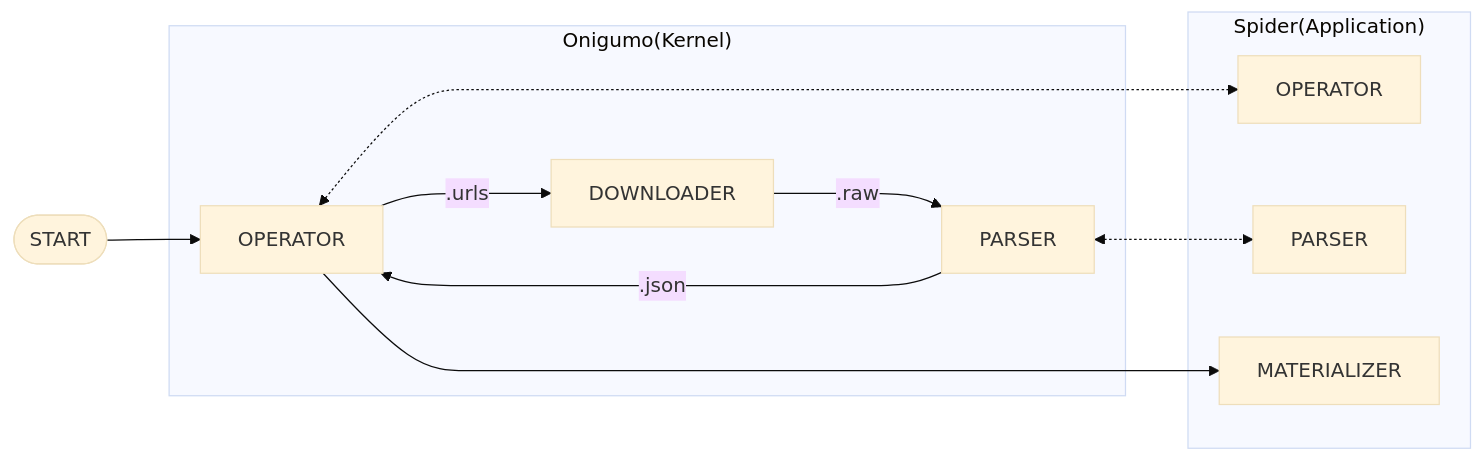
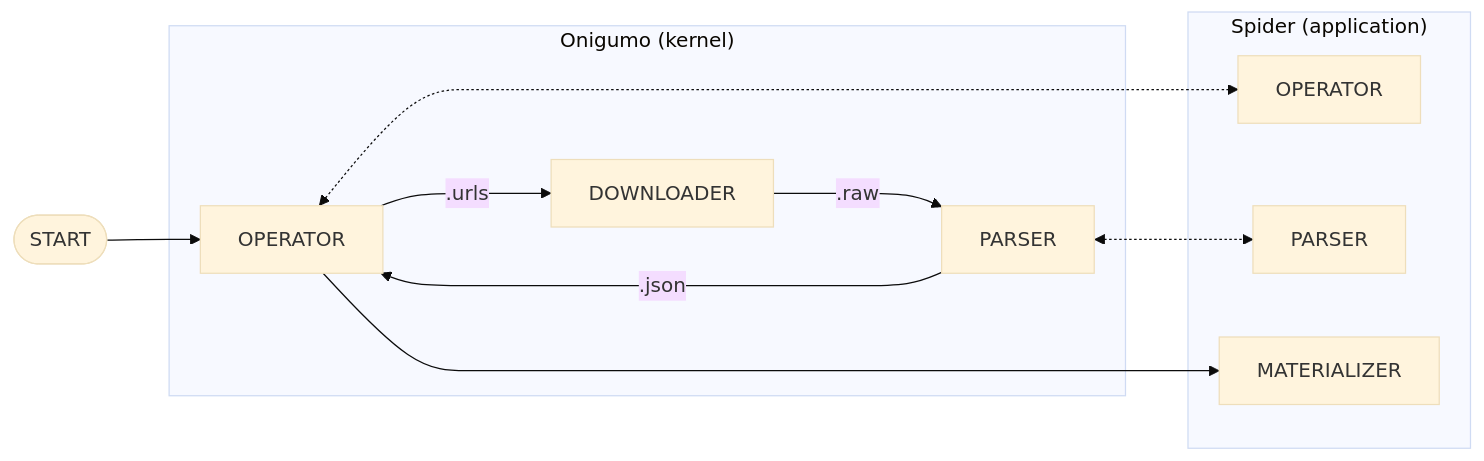
One commit to Glutexo/onigumo changed the diagram in README.md. Above: the diagram before and after it, drawn with Mermaid (base theme).

Commit message:
add space between title and parenthes and make it lowercase

````diff
--- a/README.md
+++ b/README.md
@@ -17,24 +17,24 @@
 ```mermaid
 flowchart LR
     start([START])               -->         onigumo_operator[OPERATOR]
     onigumo_operator   -- <hash>.urls ---> onigumo_downloader[DOWNLOADER]
     onigumo_downloader -- <hash>.raw  ---> onigumo_parser[PARSER]
     onigumo_parser     -- <hash>.json ---> onigumo_operator
 	
 	onigumo_operator          <-.->        spider_operator[OPERATOR]
 	onigumo_parser            <-.->        spider_parser[PARSER]
 
     onigumo_operator           -->         spider_materialization[MATERIALIZER]
 	
-	subgraph "Onigumo(Kernel)"
+	subgraph "Onigumo (kernel)"
 	    onigumo_operator
 		onigumo_downloader
 		onigumo_parser
 	end
 
-    subgraph "Spider(Application)"
+    subgraph "Spider (application)"
        spider_operator
        spider_parser
        spider_materialization
     end
 ```
````
